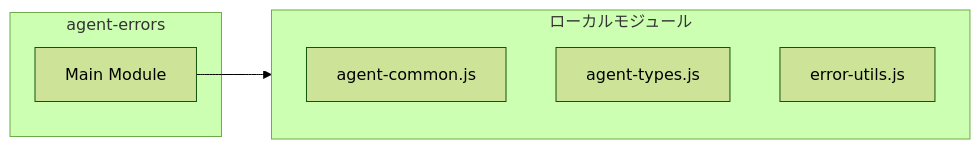
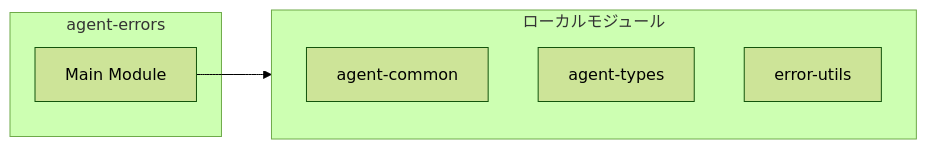
One commit to Mekann2904/mekann changed the second of 4 diagrams in ABDD/.pi/lib/agent-errors.md. Above: the diagram before and after it, drawn with Mermaid (forest theme). The commit also changed other lines of this file and 174 other files, not shown here.

First line of the commit message:
fix(docs): ABDDのMermaid図生成エラーを修正する

````diff
--- a/ABDD/.pi/lib/agent-errors.md
+++ b/ABDD/.pi/lib/agent-errors.md
@@ -75,12 +75,12 @@
 ```mermaid
 flowchart LR
   subgraph this[agent-errors]
     main[Main Module]
   end
   subgraph local[ローカルモジュール]
-    agent_common_js["agent-common.js"]
-    agent_types_js["agent-types.js"]
-    error_utils_js["error-utils.js"]
+    agent_common["agent-common"]
+    agent_types["agent-types"]
+    error_utils["error-utils"]
   end
   main --> local
 ```
````
